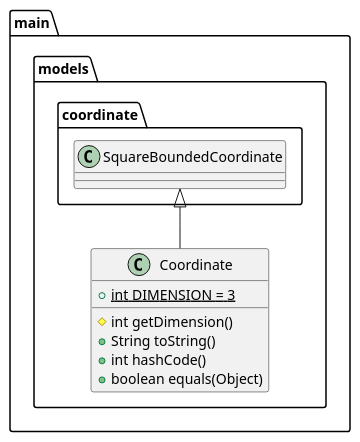
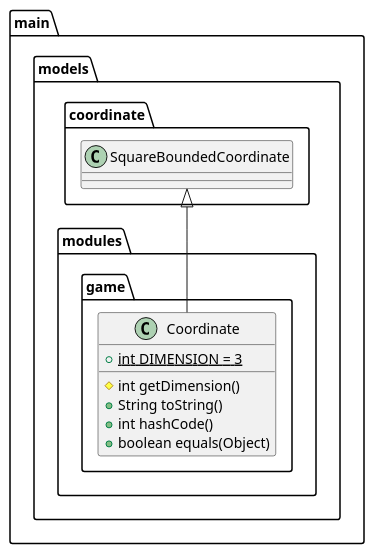
One commit to pcarroza/tictactoe-java changed the diagram in doc/coordinate.puml. Above: the diagram before and after it, drawn with PlantUML. The commit also changed 58 other files, not shown here.

```diff
--- a/doc/coordinate.puml
+++ b/doc/coordinate.puml
@@ -1,13 +1,13 @@
 @startuml
-class main.models.Coordinate {
+class main.models.modules.game.Coordinate {
 + {static} int DIMENSION = 3
 # int getDimension()
 + String toString()
 + int hashCode()
 + boolean equals(Object)
 }
 
 
-main.models.coordinate.SquareBoundedCoordinate <|-- main.models.Coordinate
+main.models.coordinate.SquareBoundedCoordinate <|-- main.models.modules.game.Coordinate
 
 @enduml
```
